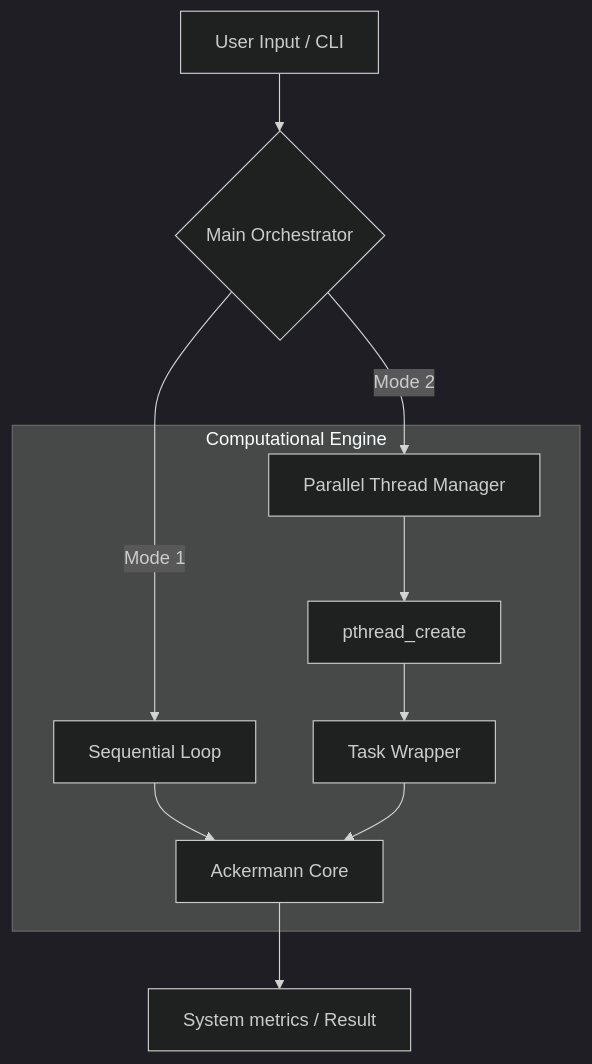
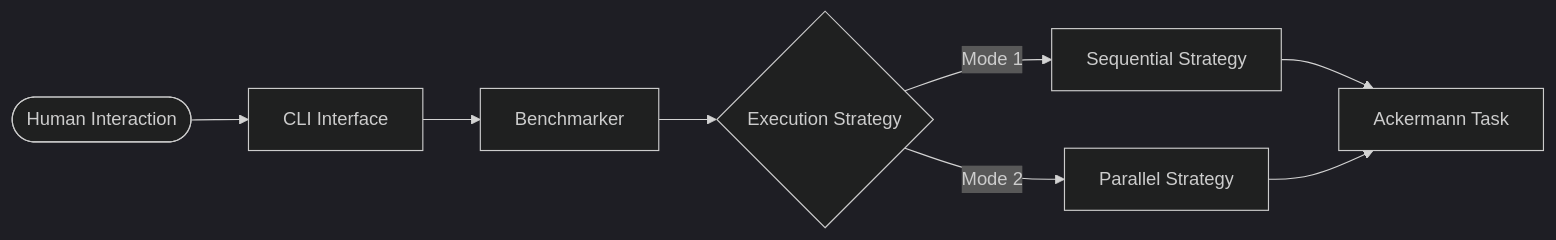
The second of 2 diagrams in README.md (AhmadHassan-BTed/ThreadRace), drawn with Mermaid (dark theme) before and after one commit. The commit also changed other lines of this file and 21 other files, not shown here.

````diff
--- a/README.md
+++ b/README.md
@@ -30,15 +60,10 @@
 ```mermaid
-graph TD
-    A[User Input / CLI] --> B{Main Orchestrator}
-    B -->|Mode 1| C[Sequential Loop]
-    B -->|Mode 2| D[Parallel Thread Manager]
-    
-    subgraph "Computational Engine"
-    C --> E[Ackermann Core]
-    D --> F[pthread_create]
-    F --> G[Task Wrapper]
-    G --> E
-    end
-    
-    E --> H[System metrics / Result]
+graph LR
+    User([Human Interaction]) --> CLI[CLI Interface]
+    CLI --> Bench[Benchmarker]
+    Bench --> Strategy{Execution Strategy}
+    Strategy -->|Mode 1| Seq[Sequential Strategy]
+    Strategy -->|Mode 2| Par[Parallel Strategy]
+    Seq --> Task[Ackermann Task]
+    Par --> Task
 ```
````
